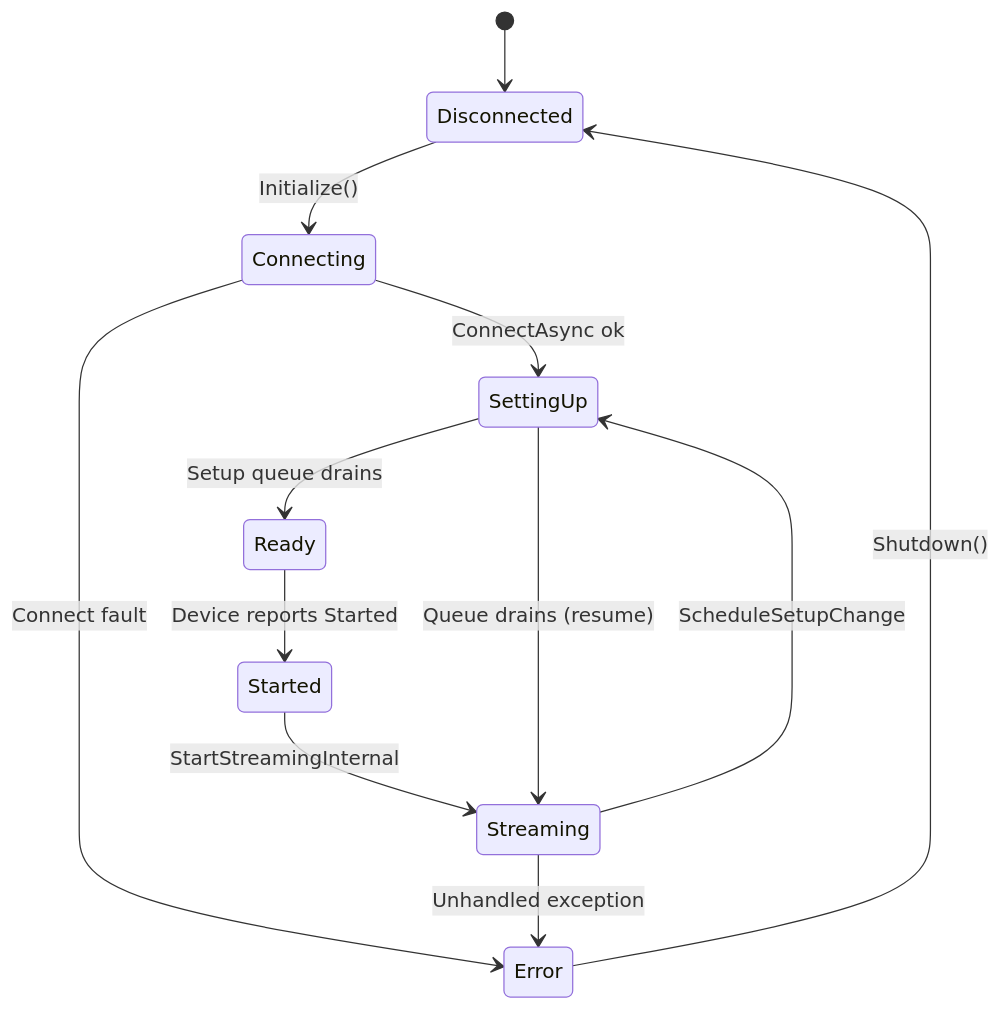
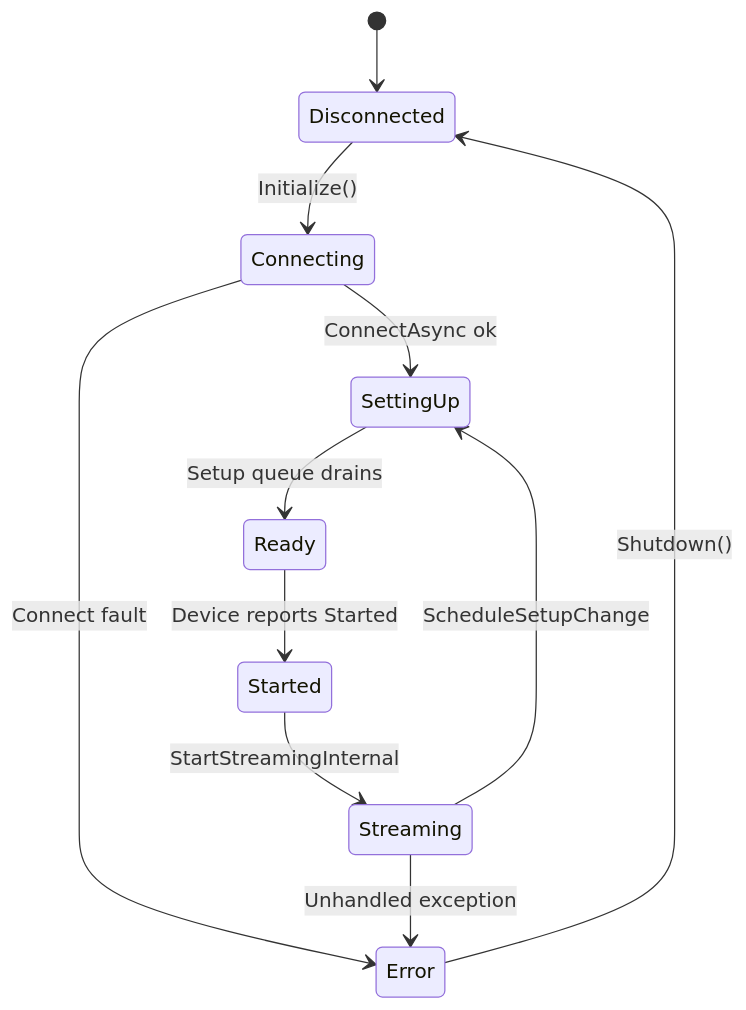
Before and after one commit to cwru-non-academic/WSS_Documentation: the second of 4 diagrams in apiDocs/conceptual/core-architecture.md, drawn with Mermaid. The commit also changed other lines of this file and 10 other files, not shown here.

Commit message:
updated diagrams to avoid syntax error and improve details

````diff
--- a/apiDocs/conceptual/core-architecture.md
+++ b/apiDocs/conceptual/core-architecture.md
@@ -26,14 +26,13 @@
 ```mermaid
 stateDiagram-v2
   [*] --> Disconnected
   Disconnected --> Connecting: Initialize()
   Connecting --> SettingUp: ConnectAsync ok
   Connecting --> Error: Connect fault
   SettingUp --> Ready: Setup queue drains
   Ready --> Started: Device reports Started
   Started --> Streaming: StartStreamingInternal
   Streaming --> SettingUp: ScheduleSetupChange
-  SettingUp --> Streaming: Queue drains (resume)
   Streaming --> Error: Unhandled exception
   Error --> Disconnected: Shutdown()
 ```
````
